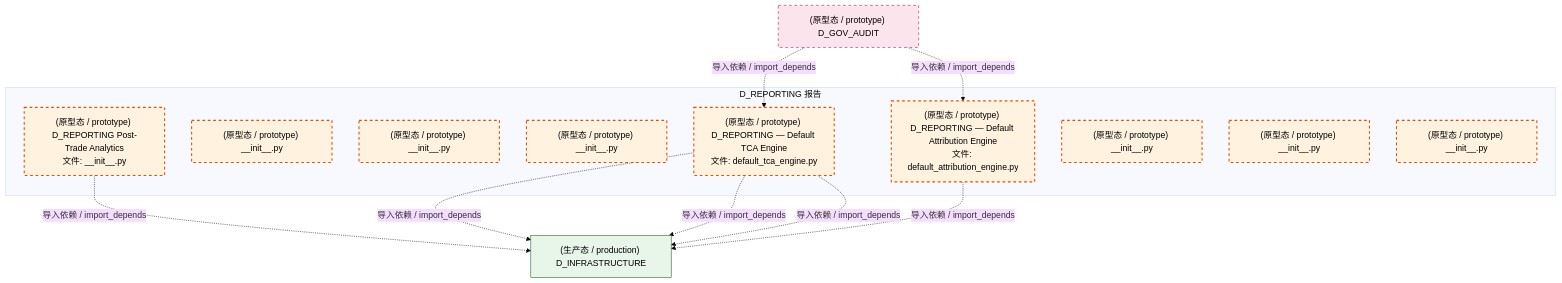
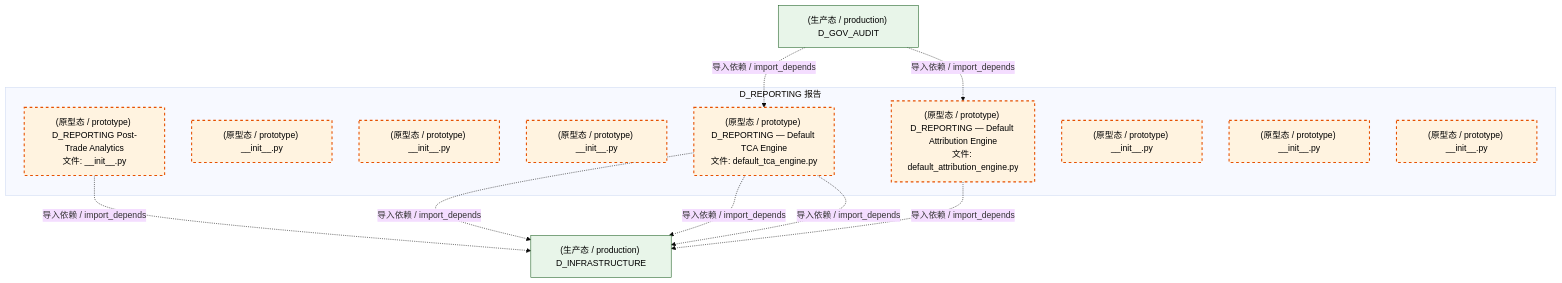
One commit to xuanFelixVan/ZephyrAlpha changed the third of 4 diagrams in docs/02_enterprise_architecture/02_domain_architecture_docs/23_d_reporting.md. Above: the diagram before and after it, drawn with Mermaid (base theme). The commit also changed other lines of this file and 126 other files, not shown here.

````diff
--- a/docs/02_enterprise_architecture/02_domain_architecture_docs/23_d_reporting.md
+++ b/docs/02_enterprise_architecture/02_domain_architecture_docs/23_d_reporting.md
@@ -153,30 +153,29 @@
 ```mermaid
 graph TD
     subgraph D_REPORTING["D_REPORTING 报告"]
         src_zephyr_reporting_init_py["(原型态 / prototype) D_REPORTING Post-Trade Analytics<br/>文件: __init__.py"]
         src_zephyr_reporting_extensions_init_py["(原型态 / prototype) __init__.py"]
         src_zephyr_reporting_api_init_py["(原型态 / prototype) __init__.py"]
         src_zephyr_reporting_core_init_py["(原型态 / prototype) __init__.py"]
         src_zephyr_reporting_default_attribution_engine_py["(原型态 / prototype) D_REPORTING — Default Attribution Engine<br/>文件: default_attribution_engine.py"]
         src_zephyr_reporting_default_tca_engine_py["(原型态 / prototype) D_REPORTING — Default TCA Engine<br/>文件: default_tca_engine.py"]
         src_zephyr_reporting_infrastructure_init_py["(原型态 / prototype) __init__.py"]
         src_zephyr_reporting_models_init_py["(原型态 / prototype) __init__.py"]
         src_zephyr_reporting_services_init_py["(原型态 / prototype) __init__.py"]
     end
     D_INFRASTRUCTURE["(生产态 / production) D_INFRASTRUCTURE"]
     src_zephyr_reporting_init_py -.->|导入依赖 / import_depends| D_INFRASTRUCTURE
     src_zephyr_reporting_default_tca_engine_py -.->|导入依赖 / import_depends| D_INFRASTRUCTURE
     src_zephyr_reporting_default_tca_engine_py -.->|导入依赖 / import_depends| D_INFRASTRUCTURE
     src_zephyr_reporting_default_tca_engine_py -.->|导入依赖 / import_depends| D_INFRASTRUCTURE
     src_zephyr_reporting_default_attribution_engine_py -.->|导入依赖 / import_depends| D_INFRASTRUCTURE
-    D_GOV_AUDIT["(原型态 / prototype) D_GOV_AUDIT"]
+    D_GOV_AUDIT["(生产态 / production) D_GOV_AUDIT"]
     D_GOV_AUDIT -.->|导入依赖 / import_depends| src_zephyr_reporting_default_tca_engine_py
     D_GOV_AUDIT -.->|导入依赖 / import_depends| src_zephyr_reporting_default_attribution_engine_py
     classDef production fill:#e1f5fe,stroke:#01579b,stroke-width:2px,color:#000
     classDef design fill:#fff3e0,stroke:#e65100,stroke-width:2px,color:#000,stroke-dasharray: 5 5
     classDef external_prod fill:#e8f5e9,stroke:#1b5e20,stroke-width:1px,color:#000
     classDef external_design fill:#fce4ec,stroke:#880e4f,stroke-width:1px,color:#000,stroke-dasharray: 5 5
     class src_zephyr_reporting_init_py,src_zephyr_reporting_extensions_init_py,src_zephyr_reporting_api_init_py,src_zephyr_reporting_core_init_py,src_zephyr_reporting_default_attribution_engine_py,src_zephyr_reporting_default_tca_engine_py,src_zephyr_reporting_infrastructure_init_py,src_zephyr_reporting_models_init_py,src_zephyr_reporting_services_init_py design
-    class D_INFRASTRUCTURE external_prod
-    class D_GOV_AUDIT external_design
+    class D_INFRASTRUCTURE,D_GOV_AUDIT external_prod
 ```
````
